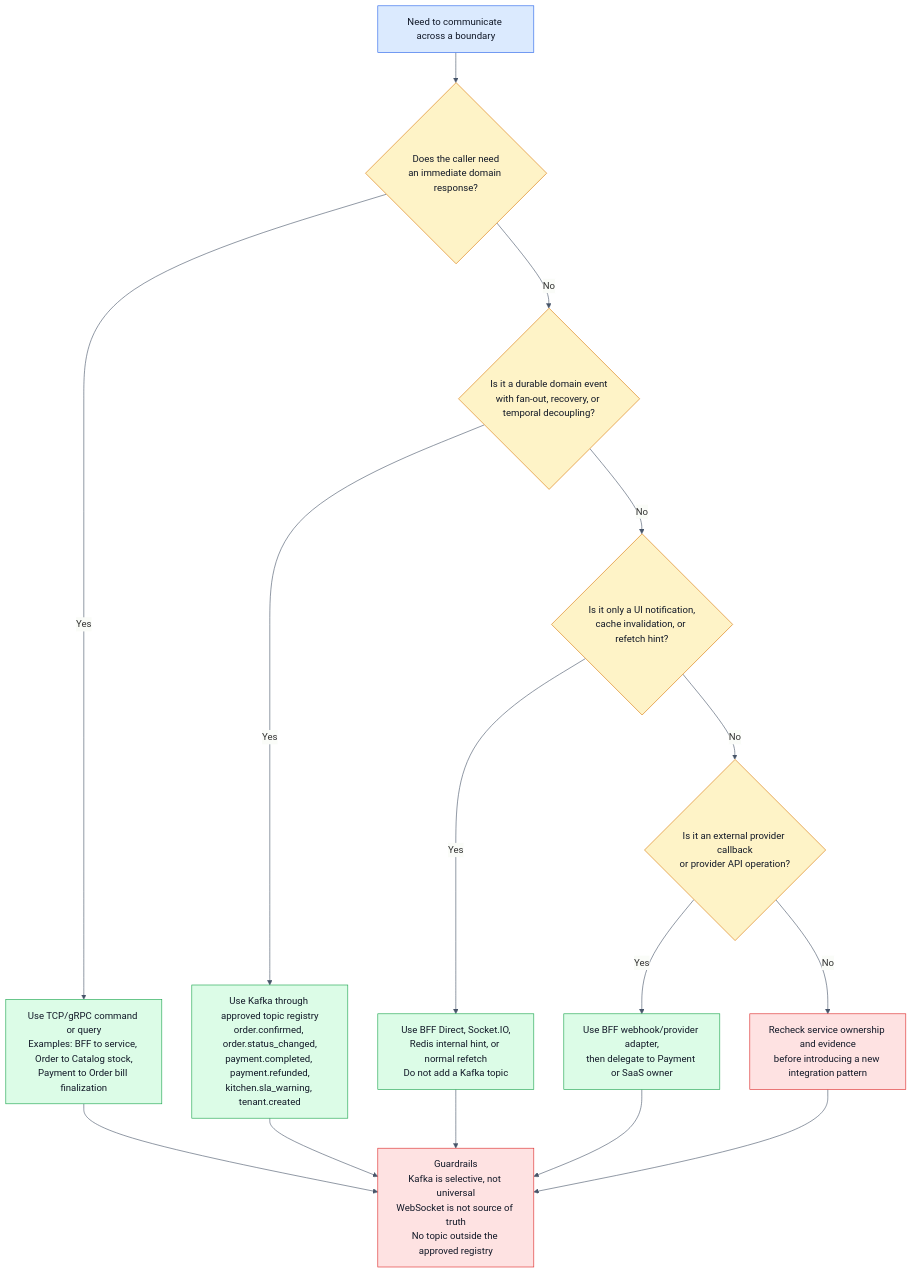
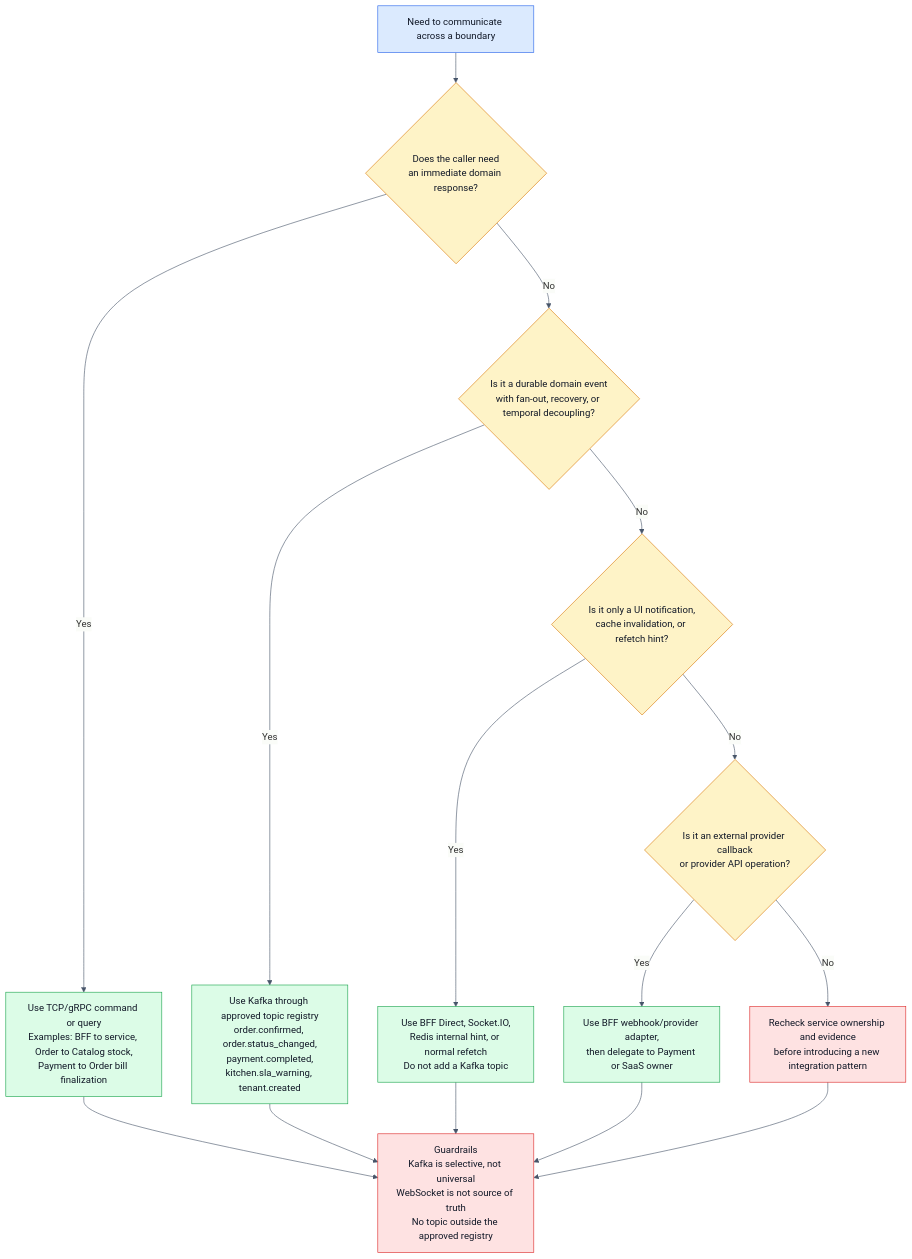
Before and after one commit to quan-vo-dinh/saas-pos-microservices-qrtable: the diagram in docs/graduation-thesis-resources/thesis-report/assets/diagrams/chapter4-kafka-decision-flow.mmd, drawn with Mermaid. The commit also changed 89 other files, not shown here.

First line of the commit message:
refactor(payment): remove refund flow and sync thesis documentation

```diff
--- a/docs/graduation-thesis-resources/thesis-report/assets/diagrams/chapter4-kafka-decision-flow.mmd
+++ b/docs/graduation-thesis-resources/thesis-report/assets/diagrams/chapter4-kafka-decision-flow.mmd
@@ -1,39 +1,39 @@
 %%{init: {"theme": "base", "themeVariables": {"fontFamily": "Arial, sans-serif", "primaryColor": "#f8fafc", "primaryBorderColor": "#334155", "lineColor": "#475569"}}}%%
 flowchart TD
   Start["Need to communicate across a boundary"]
   Immediate{"Does the caller need<br/>an immediate domain response?"}
   Sync["Use TCP/gRPC command or query<br/>Examples: BFF to service, Order to Catalog stock,<br/>Payment to Order bill finalization"]
   Durable{"Is it a durable domain event<br/>with fan-out, recovery, or temporal decoupling?"}
-  Kafka["Use Kafka through approved topic registry<br/>order.confirmed, order.status_changed,<br/>payment.completed, payment.refunded,<br/>kitchen.sla_warning, tenant.created"]
+  Kafka["Use Kafka through approved topic registry<br/>order.confirmed, order.status_changed,<br/>payment.completed,<br/>kitchen.sla_warning, tenant.created"]
   UiOnly{"Is it only a UI notification,<br/>cache invalidation, or refetch hint?"}
   Direct["Use BFF Direct, Socket.IO,<br/>Redis internal hint, or normal refetch<br/>Do not add a Kafka topic"]
   Provider{"Is it an external provider callback<br/>or provider API operation?"}
   Webhook["Use BFF webhook/provider adapter,<br/>then delegate to Payment or SaaS owner"]
   Reconsider["Recheck service ownership and evidence<br/>before introducing a new integration pattern"]
   Guardrail["Guardrails<br/>Kafka is selective, not universal<br/>WebSocket is not source of truth<br/>No topic outside the approved registry"]
 
   Start --> Immediate
   Immediate -->|"Yes"| Sync
   Immediate -->|"No"| Durable
   Durable -->|"Yes"| Kafka
   Durable -->|"No"| UiOnly
   UiOnly -->|"Yes"| Direct
   UiOnly -->|"No"| Provider
   Provider -->|"Yes"| Webhook
   Provider -->|"No"| Reconsider
 
   Sync --> Guardrail
   Kafka --> Guardrail
   Direct --> Guardrail
   Webhook --> Guardrail
   Reconsider --> Guardrail
 
   classDef question fill:#fef3c7,stroke:#d97706,color:#111827;
   classDef action fill:#dcfce7,stroke:#16a34a,color:#111827;
   classDef caution fill:#fee2e2,stroke:#dc2626,color:#111827;
   classDef start fill:#dbeafe,stroke:#2563eb,color:#111827;
 
   class Start start;
   class Immediate,Durable,UiOnly,Provider question;
   class Sync,Kafka,Direct,Webhook action;
   class Reconsider,Guardrail caution;
```
